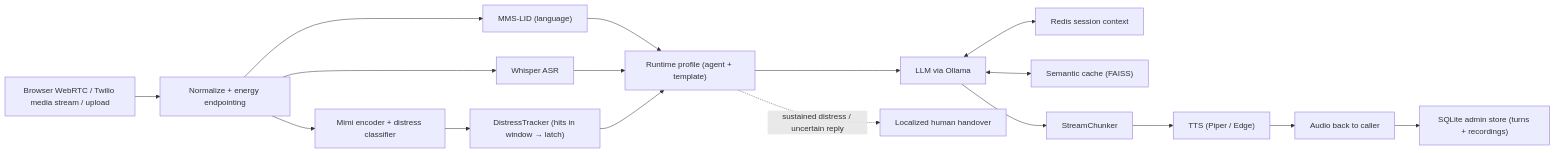
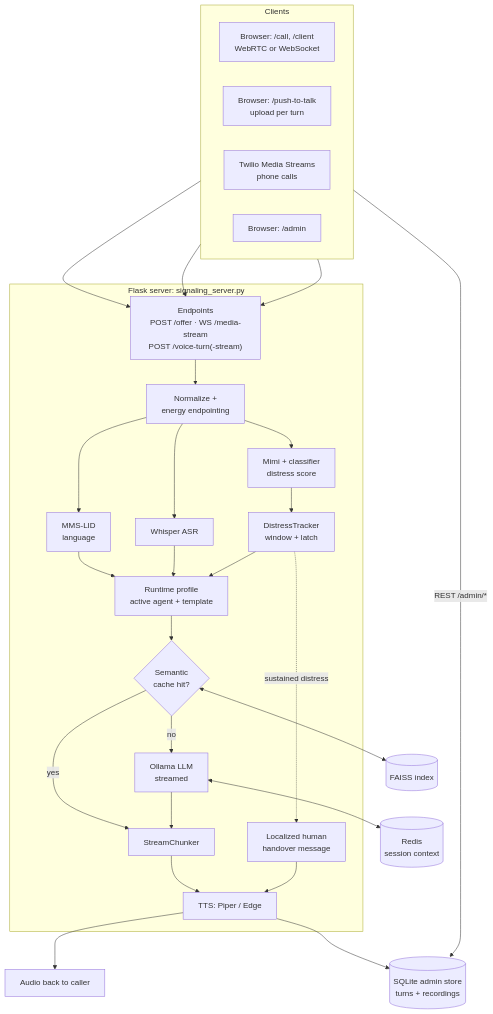
Before and after one commit to jeevithg090/Voice-AI-Model: the diagram in README.md, drawn with Mermaid. The commit also changed other lines of this file and 8 other files, not shown here.

````diff
--- a/README.md
+++ b/README.md
@@ -68,19 +156,38 @@
 ```mermaid
-flowchart LR
-    A["Browser WebRTC / Twilio media stream / upload"] --> B["Normalize + energy endpointing"]
-    B --> C["MMS-LID (language)"]
-    B --> D["Mimi encoder + distress classifier"]
-    B --> E["Whisper ASR"]
-    D --> T["DistressTracker (hits in window → latch)"]
-    C --> G
-    E --> G["Runtime profile (agent + template)"]
-    T --> G
-    G --> H["LLM via Ollama"]
-    H <--> K["Redis session context"]
-    H <--> L["Semantic cache (FAISS)"]
-    H --> I["StreamChunker"]
-    I --> J["TTS (Piper / Edge)"]
-    J --> O["Audio back to caller"]
-    G -. "sustained distress / uncertain reply" .-> X["Localized human handover"]
-    O --> M["SQLite admin store (turns + recordings)"]
+flowchart TB
+    subgraph Clients
+        direction LR
+        W["Browser: /call, /client<br/>WebRTC or WebSocket"]
+        P["Browser: /push-to-talk<br/>upload per turn"]
+        T["Twilio Media Streams<br/>phone calls"]
+        A["Browser: /admin"]
+    end
+
+    W --> IN
+    P --> IN
+    T --> IN
+
+    subgraph S["Flask server: signaling_server.py"]
+        IN["Endpoints<br/>POST /offer · WS /media-stream<br/>POST /voice-turn(-stream)"] --> E["Normalize +<br/>energy endpointing"]
+        E --> LID["MMS-LID<br/>language"]
+        E --> ASR["Whisper ASR"]
+        E --> D["Mimi + classifier<br/>distress score"]
+        D --> DT["DistressTracker<br/>window + latch"]
+        LID --> RP["Runtime profile<br/>active agent + template"]
+        ASR --> RP
+        DT --> RP
+        RP --> C{"Semantic<br/>cache hit?"}
+        C -- no --> LLM["Ollama LLM<br/>streamed"]
+        C -- yes --> CH["StreamChunker"]
+        LLM --> CH
+        CH --> TTS["TTS: Piper / Edge"]
+        DT -. "sustained distress" .-> HO["Localized human<br/>handover message"]
+        HO --> TTS
+    end
+
+    LLM <--> R[("Redis<br/>session context")]
+    C <--> F[("FAISS index")]
+    TTS --> OUT["Audio back to caller"]
+    TTS --> DB[("SQLite admin store<br/>turns + recordings")]
+    A -- "REST /admin/*" --> DB
 ```
````
